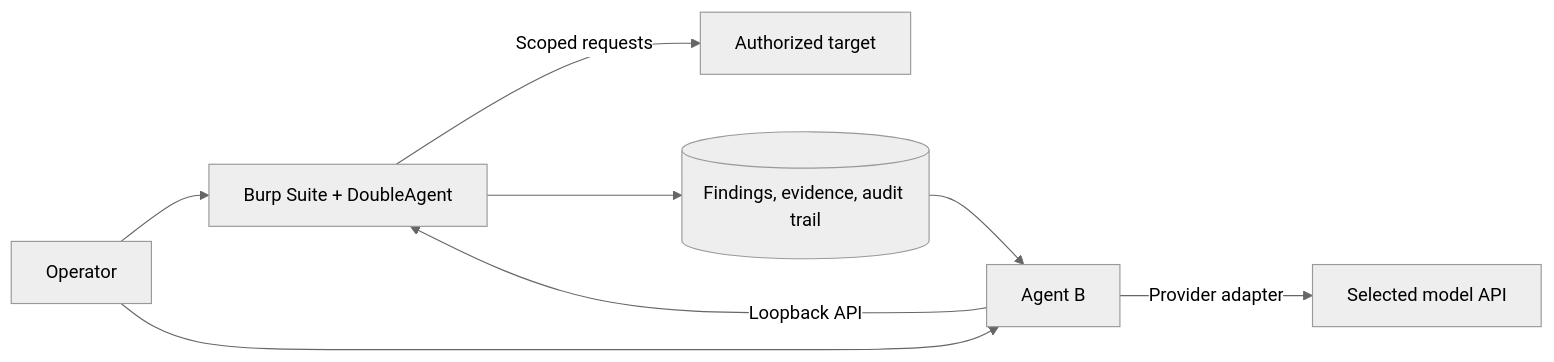
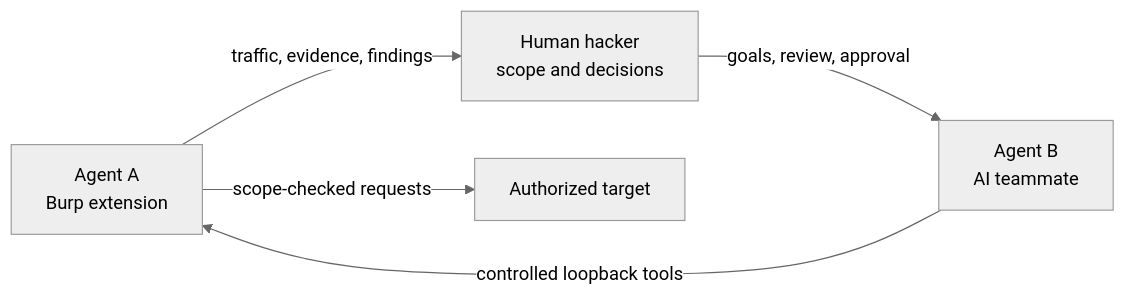
Before and after one commit to sageoffensive/DoubleAgent: the diagram in README.md, drawn with Mermaid (neutral theme). The commit also changed other lines of this file and 58 other files, not shown here.

Commit message:
Simplify DoubleAgent product structure

````diff
--- a/README.md
+++ b/README.md
@@ -51,10 +29,7 @@
 ```mermaid
 flowchart LR
-    O[Operator] --> B[Burp Suite + DoubleAgent]
-    O --> A[Agent B]
-    A -->|Loopback API| B
-    A -->|Provider adapter| M[Selected model API]
-    B -->|Scoped requests| T[Authorized target]
-    B --> F[(Findings, evidence, audit trail)]
-    F --> A
+    A[Agent A<br/>Burp extension] -->|traffic, evidence, findings| H[Human hacker<br/>scope and decisions]
+    H -->|goals, review, approval| B[Agent B<br/>AI teammate]
+    B -->|controlled loopback tools| A
+    A -->|scope-checked requests| T[Authorized target]
 ```
````
